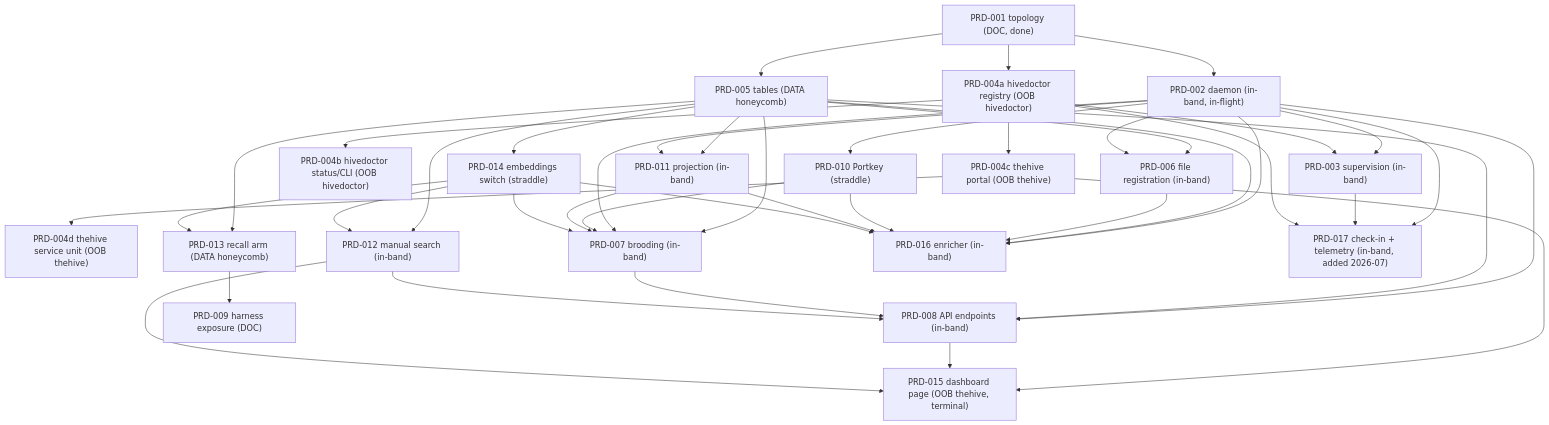
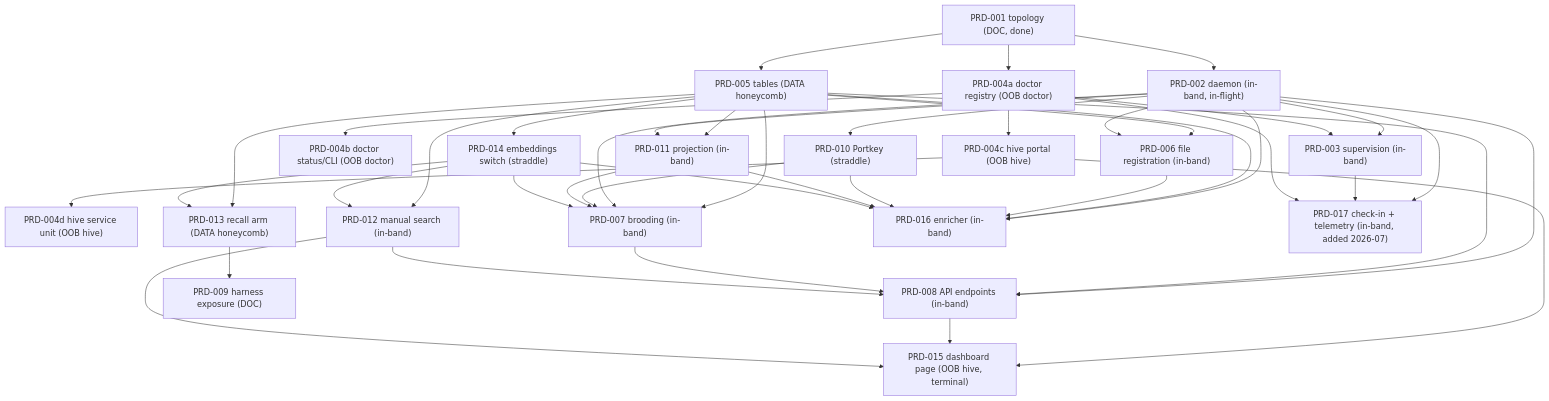
One commit to legioncodeinc/nectar changed the diagram in library/requirements/PRD-003-016-DEPENDENCY-MAP.md. Above: the diagram before and after it, drawn with Mermaid. The commit also changed other lines of this file and 337 other files, not shown here.

````diff
--- a/library/requirements/PRD-003-016-DEPENDENCY-MAP.md
+++ b/library/requirements/PRD-003-016-DEPENDENCY-MAP.md
@@ -678,64 +678,64 @@
 ```mermaid
 flowchart TD
     PRD001["PRD-001 topology (DOC, done)"]
     PRD002["PRD-002 daemon (in-band, in-flight)"]
     PRD003["PRD-003 supervision (in-band)"]
-    PRD004a["PRD-004a hivedoctor registry (OOB hivedoctor)"]
-    PRD004b["PRD-004b hivedoctor status/CLI (OOB hivedoctor)"]
-    PRD004c["PRD-004c thehive portal (OOB thehive)"]
-    PRD004d["PRD-004d thehive service unit (OOB thehive)"]
+    PRD004a["PRD-004a doctor registry (OOB doctor)"]
+    PRD004b["PRD-004b doctor status/CLI (OOB doctor)"]
+    PRD004c["PRD-004c hive portal (OOB hive)"]
+    PRD004d["PRD-004d hive service unit (OOB hive)"]
     PRD005["PRD-005 tables (DATA honeycomb)"]
     PRD006["PRD-006 file registration (in-band)"]
     PRD007["PRD-007 brooding (in-band)"]
     PRD008["PRD-008 API endpoints (in-band)"]
     PRD009["PRD-009 harness exposure (DOC)"]
     PRD010["PRD-010 Portkey (straddle)"]
     PRD011["PRD-011 projection (in-band)"]
     PRD012["PRD-012 manual search (in-band)"]
     PRD013["PRD-013 recall arm (DATA honeycomb)"]
     PRD014["PRD-014 embeddings switch (straddle)"]
-    PRD015["PRD-015 dashboard page (OOB thehive, terminal)"]
+    PRD015["PRD-015 dashboard page (OOB hive, terminal)"]
     PRD016["PRD-016 enricher (in-band)"]
     PRD017["PRD-017 check-in + telemetry (in-band, added 2026-07)"]
 
     PRD001 --> PRD002
     PRD001 --> PRD004a
     PRD001 --> PRD005
     PRD002 --> PRD003
     PRD004a --> PRD003
     PRD004a --> PRD004b
     PRD004a --> PRD004c
     PRD004c --> PRD004d
     PRD004c --> PRD015
     PRD005 --> PRD006
     PRD002 --> PRD006
     PRD005 --> PRD007
     PRD002 --> PRD007
     PRD010 --> PRD007
     PRD011 --> PRD007
     PRD014 --> PRD007
     PRD002 --> PRD010
     PRD005 --> PRD011
     PRD002 --> PRD011
     PRD005 --> PRD014
     PRD005 --> PRD012
     PRD014 --> PRD012
     PRD005 --> PRD013
     PRD014 --> PRD013
     PRD013 --> PRD009
     PRD002 --> PRD008
     PRD005 --> PRD008
     PRD007 --> PRD008
     PRD012 --> PRD008
     PRD008 --> PRD015
     PRD012 --> PRD015
     PRD002 --> PRD016
     PRD005 --> PRD016
     PRD006 --> PRD016
     PRD010 --> PRD016
     PRD011 --> PRD016
     PRD014 --> PRD016
     PRD002 --> PRD017
     PRD003 --> PRD017
     PRD004a --> PRD017
 ```
````
